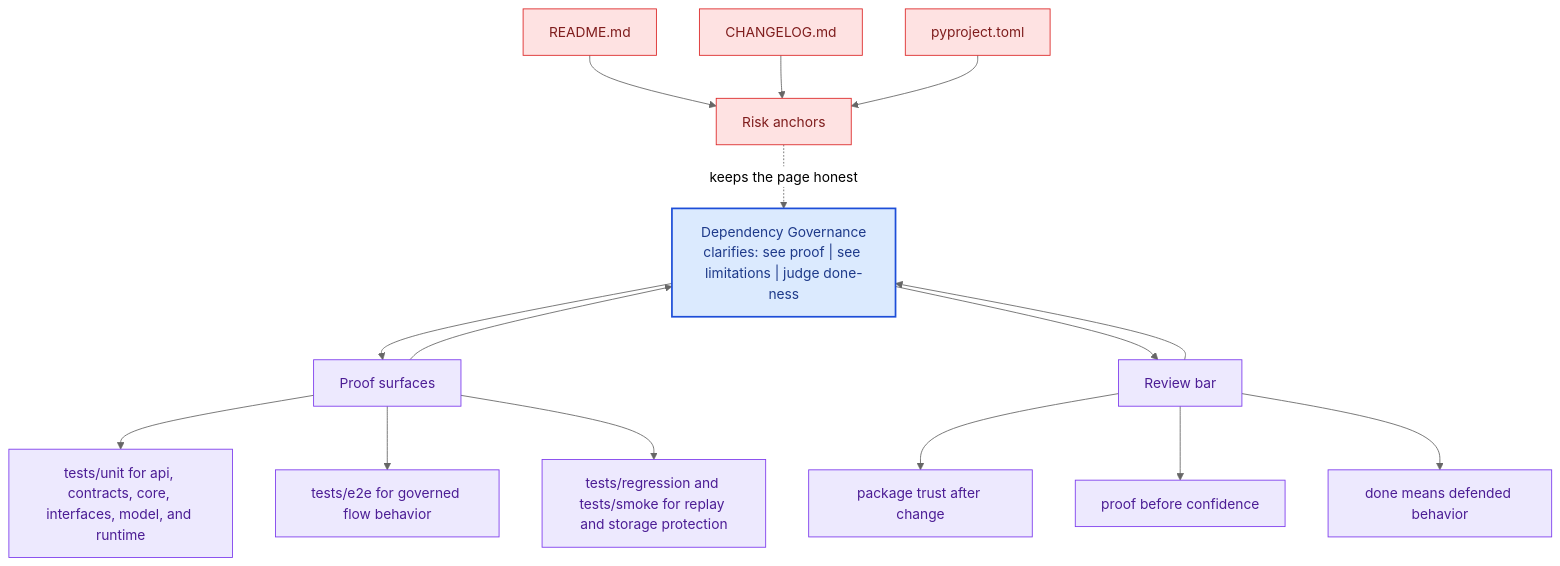
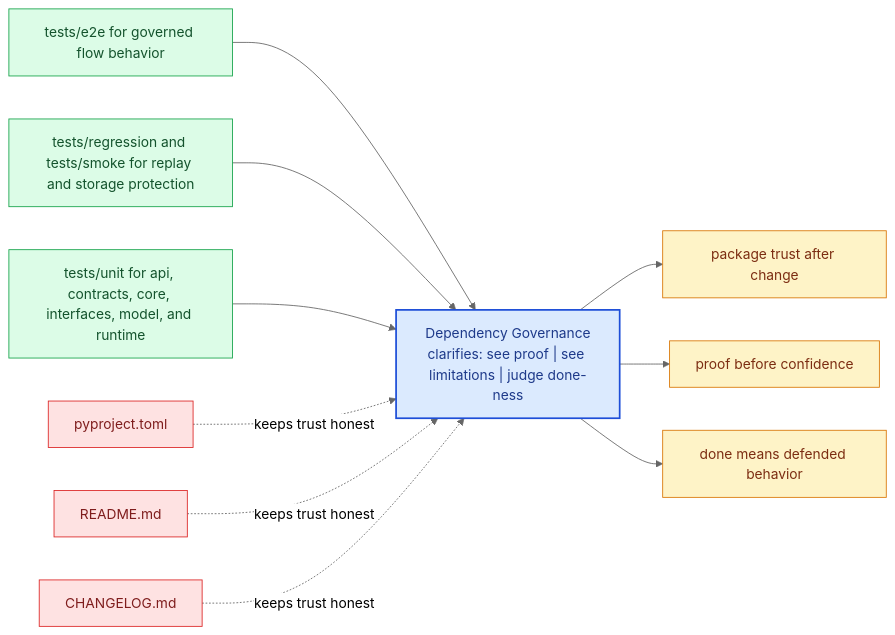
The diagram in docs/bijux-canon-runtime/quality/dependency-governance.md (bijux/bijux-canon), drawn with Mermaid (neutral theme) before and after one commit. The commit also changed other lines of this file and 281 other files, not shown here.

Commit message:
docs(diagrams): replace repeated mermaid scaffolds with page-specific summaries

````diff
--- a/docs/bijux-canon-runtime/quality/dependency-governance.md
+++ b/docs/bijux-canon-runtime/quality/dependency-governance.md
@@ -68,41 +23,31 @@
 ```mermaid
-flowchart TB
-    promise["Dependency Governance<br/>clarifies: see proof | see limitations | judge done-ness"]
-    classDef promise fill:#dbeafe,stroke:#1d4ed8,color:#1e3a8a,stroke-width:2px;
-    classDef driver fill:#dcfce7,stroke:#16a34a,color:#14532d;
-    classDef constraint fill:#fee2e2,stroke:#dc2626,color:#7f1d1d;
-    classDef ground fill:#ede9fe,stroke:#7c3aed,color:#4c1d95;
-    focus1["Proof surfaces"]
-    focus1 --> promise
-    promise --> focus1
-    focus1_1["tests/unit for api, contracts, core, interfaces, model, and runtime"]
-    focus1 --> focus1_1
-    focus1_2["tests/e2e for governed flow behavior"]
-    focus1 --> focus1_2
-    focus1_3["tests/regression and tests/smoke for replay and storage protection"]
-    focus1 --> focus1_3
-    class focus1 ground;
-    class focus1_1,focus1_2,focus1_3 ground;
-    focus2["Risk anchors"]
-    focus2 -.keeps the page honest.-> promise
-    focus2_1["README.md"]
-    focus2_1 --> focus2
-    focus2_2["CHANGELOG.md"]
-    focus2_2 --> focus2
-    focus2_3["pyproject.toml"]
-    focus2_3 --> focus2
-    class focus2 constraint;
-    class focus2_1,focus2_2,focus2_3 constraint;
-    focus3["Review bar"]
-    focus3 --> promise
-    promise --> focus3
-    focus3_1["package trust after change"]
-    focus3 --> focus3_1
-    focus3_2["proof before confidence"]
-    focus3 --> focus3_2
-    focus3_3["done means defended behavior"]
-    focus3 --> focus3_3
-    class focus3 ground;
-    class focus3_1,focus3_2,focus3_3 ground;
-    class promise promise;
+flowchart LR
+    page["Dependency Governance<br/>clarifies: see proof | see limitations | judge done-ness"]
+    classDef page fill:#dbeafe,stroke:#1d4ed8,color:#1e3a8a,stroke-width:2px;
+    classDef positive fill:#dcfce7,stroke:#16a34a,color:#14532d;
+    classDef caution fill:#fee2e2,stroke:#dc2626,color:#7f1d1d;
+    classDef anchor fill:#ede9fe,stroke:#7c3aed,color:#4c1d95;
+    classDef action fill:#fef3c7,stroke:#d97706,color:#7c2d12;
+    proof1["tests/e2e for governed flow behavior"]
+    proof1 --> page
+    proof2["tests/regression and tests/smoke for replay and storage protection"]
+    proof2 --> page
+    proof3["tests/unit for api, contracts, core, interfaces, model, and runtime"]
+    proof3 --> page
+    risk1["pyproject.toml"]
+    risk1 -.keeps trust honest.-> page
+    risk2["README.md"]
+    risk2 -.keeps trust honest.-> page
+    risk3["CHANGELOG.md"]
+    risk3 -.keeps trust honest.-> page
+    bar1["package trust after change"]
+    page --> bar1
+    bar2["proof before confidence"]
+    page --> bar2
+    bar3["done means defended behavior"]
+    page --> bar3
+    class page page;
+    class proof1,proof2,proof3 positive;
+    class risk1,risk2,risk3 caution;
+    class bar1,bar2,bar3 action;
 ```
````
